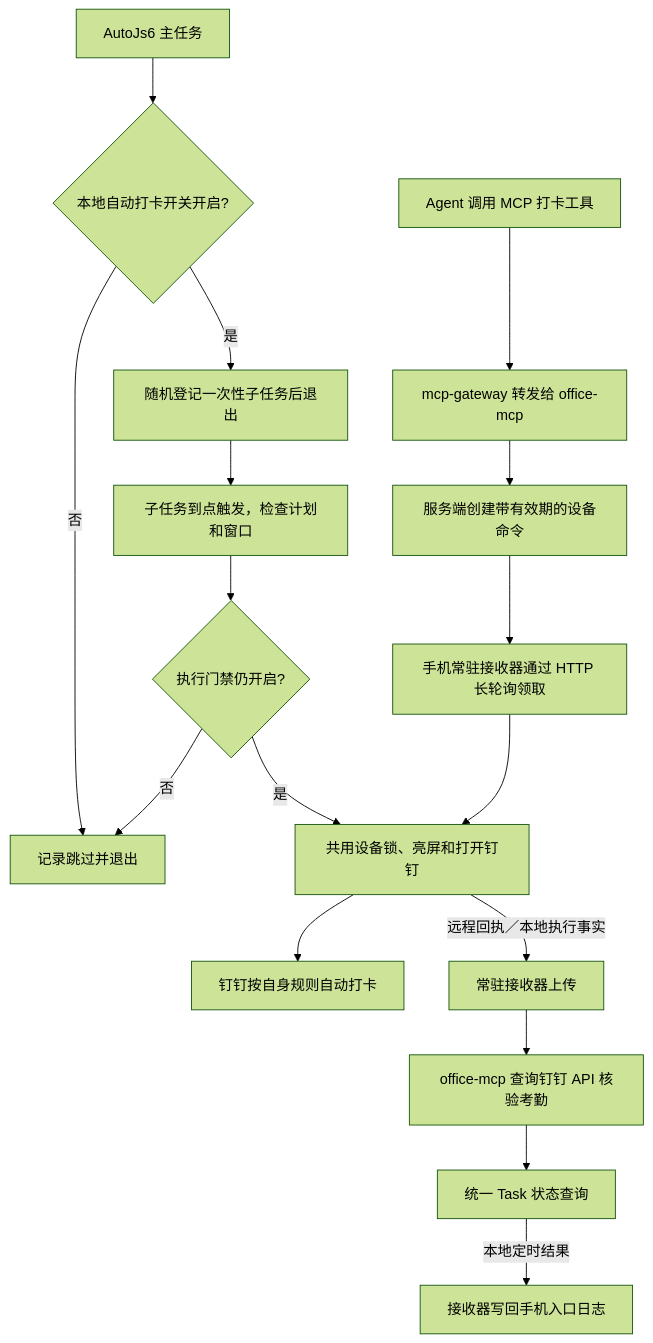
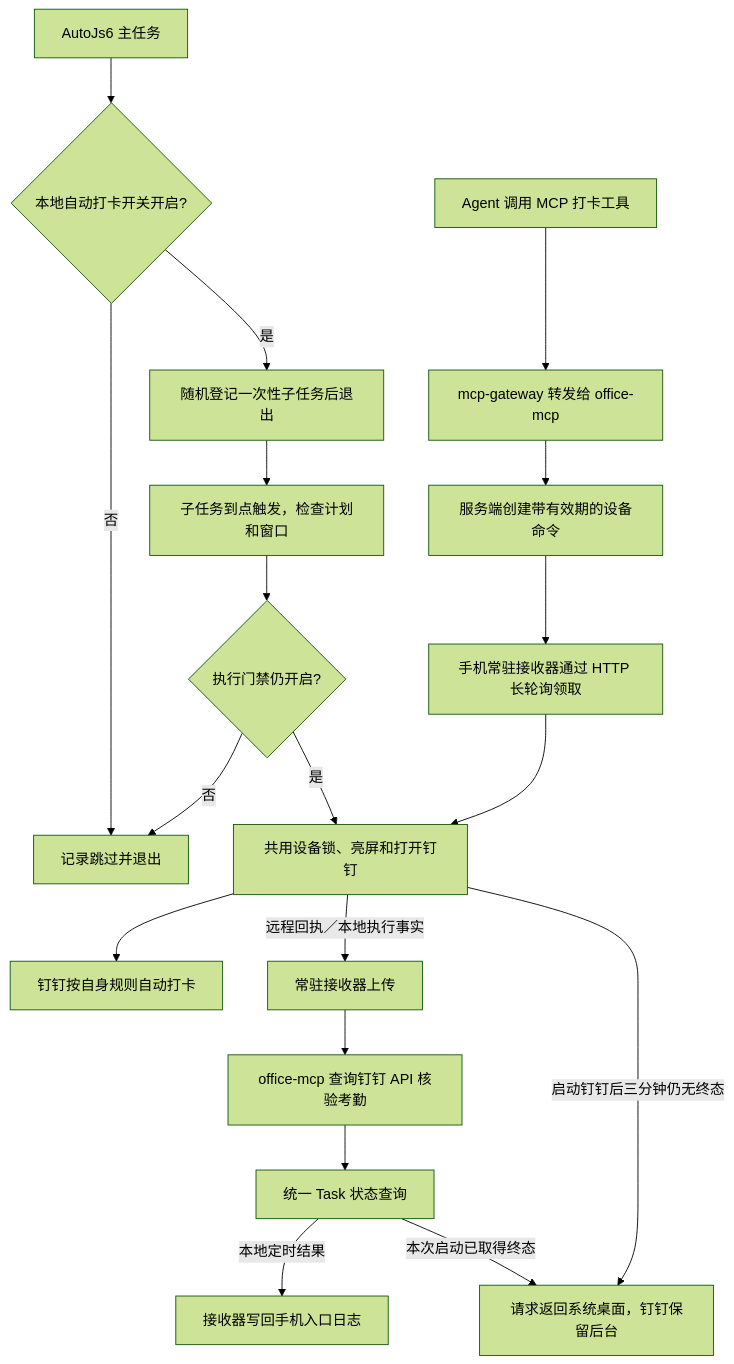
Before and after one commit to Ultronxr/OfficeMcpWithDingtalkAttendance: the diagram in autojs6/README.md, drawn with Mermaid (forest theme). The commit also changed other lines of this file and 10 other files, not shown here.

````diff
--- a/autojs6/README.md
+++ b/autojs6/README.md
@@ -16,19 +17,21 @@
 ```mermaid
 flowchart TD
     A[AutoJs6 主任务] --> P{本地自动打卡开关开启?}
     P -->|是| B[随机登记一次性子任务后退出]
     P -->|否| S[记录跳过并退出]
     B --> C[子任务到点触发，检查计划和窗口]
     D[Agent 调用 MCP 打卡工具] --> E[mcp-gateway 转发给 office-mcp]
     E --> F[服务端创建带有效期的设备命令]
     F --> G[手机常驻接收器通过 HTTP 长轮询领取]
     C --> Q{执行门禁仍开启?}
     Q -->|是| H[共用设备锁、亮屏和打开钉钉]
     Q -->|否| S
     G --> H
     H --> I[钉钉按自身规则自动打卡]
     H -->|远程回执／本地执行事实| J[常驻接收器上传]
     J --> K[office-mcp 查询钉钉 API 核验考勤]
     K --> L[统一 Task 状态查询]
     L -->|本地定时结果| M[接收器写回手机入口日志]
+    L -->|本次启动已取得终态| N[请求返回系统桌面，钉钉保留后台]
+    H -->|启动钉钉后三分钟仍无终态| N
 ```
````
